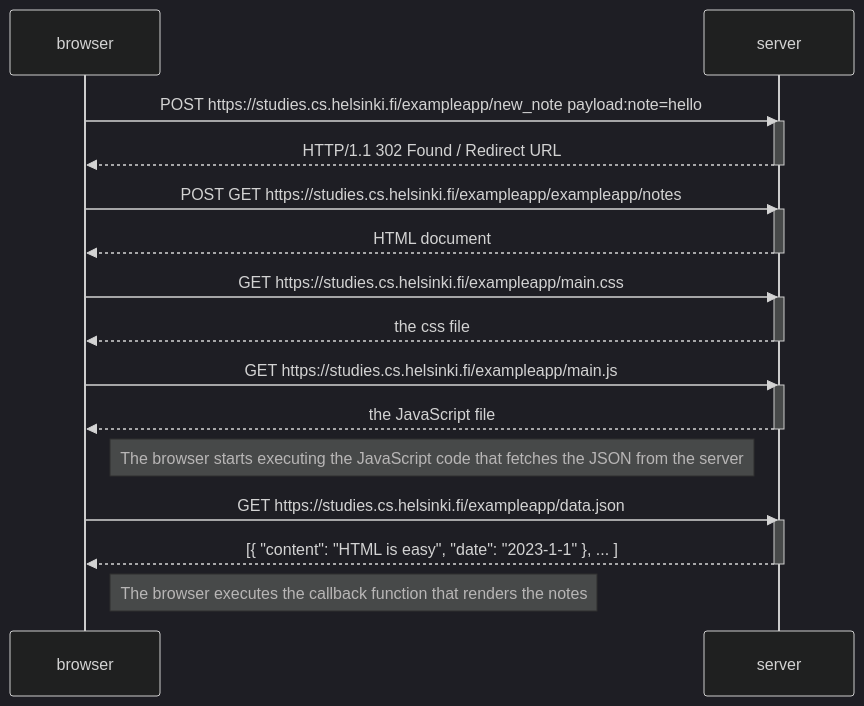
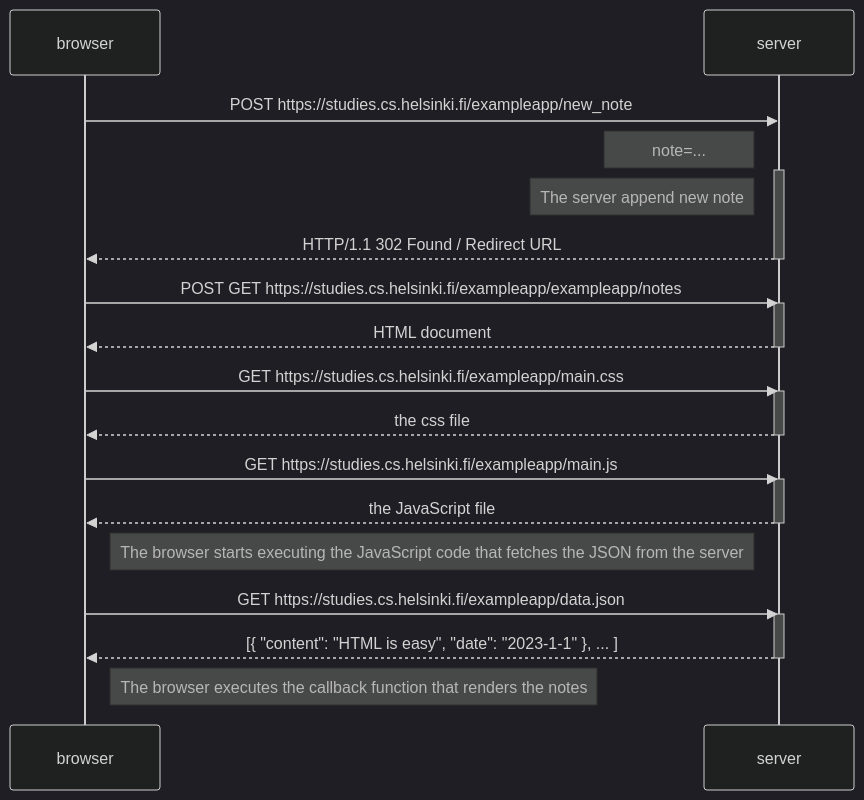
The diagram in part0/post_diagram.md (FreeSin2000/fullstack_exercises), drawn with Mermaid (dark theme) before and after one commit.

Commit message:
part0.4 fix

````diff
--- a/part0/post_diagram.md
+++ b/part0/post_diagram.md
@@ -1,34 +1,37 @@
 ```mermaid
 sequenceDiagram
     participant browser
     participant server
 
-    browser->>server: POST https://studies.cs.helsinki.fi/exampleapp/new_note payload:note=hello
-    activate server
+    browser->>server: POST https://studies.cs.helsinki.fi/exampleapp/new_note
+    Note left of server: note=...
+
+    activate server 
+    Note left of server: The server append new note
     server-->>browser: HTTP/1.1 302 Found / Redirect URL
     deactivate server
 
     browser->>server: POST GET https://studies.cs.helsinki.fi/exampleapp/exampleapp/notes
     activate server
     server-->>browser: HTML document
     deactivate server
 
     browser->>server: GET https://studies.cs.helsinki.fi/exampleapp/main.css
     activate server
     server-->>browser: the css file
     deactivate server
 
     browser->>server: GET https://studies.cs.helsinki.fi/exampleapp/main.js
     activate server
     server-->>browser: the JavaScript file
     deactivate server
 
     Note right of browser: The browser starts executing the JavaScript code that fetches the JSON from the server
 
     browser->>server: GET https://studies.cs.helsinki.fi/exampleapp/data.json
     activate server
     server-->>browser: [{ "content": "HTML is easy", "date": "2023-1-1" }, ... ]
     deactivate server
 
     Note right of browser: The browser executes the callback function that renders the notes
 ```
````
